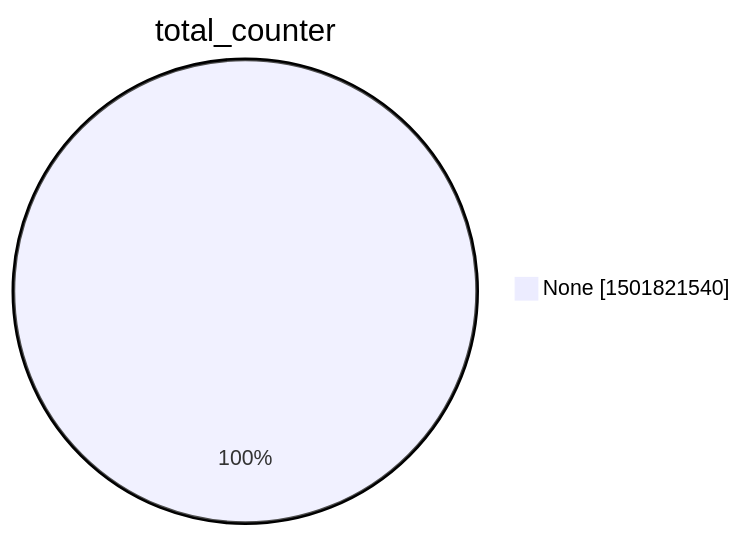
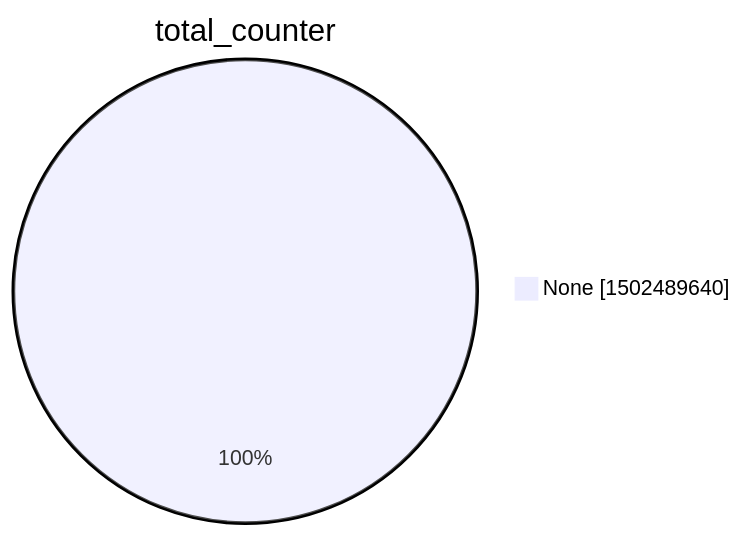
Before and after one commit to christiankrug/ctmonitor_visualization: the second of 15 diagrams in argon2022/README.md, drawn with Mermaid. The commit also changed other lines of this file, not shown here.

````diff
--- a/argon2022/README.md
+++ b/argon2022/README.md
@@ -9,5 +9,5 @@
 ```mermaid
 pie showData
 title total_counter
-"None" :1501821540
+"None" :1502489640
 ```
````
